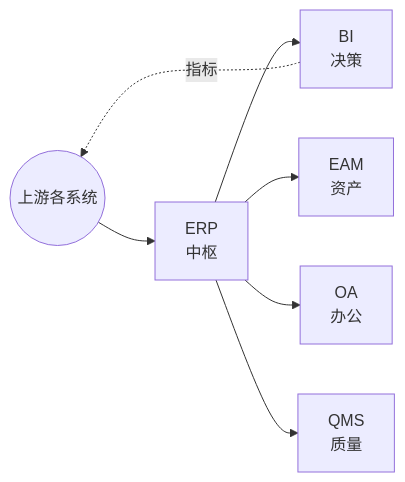
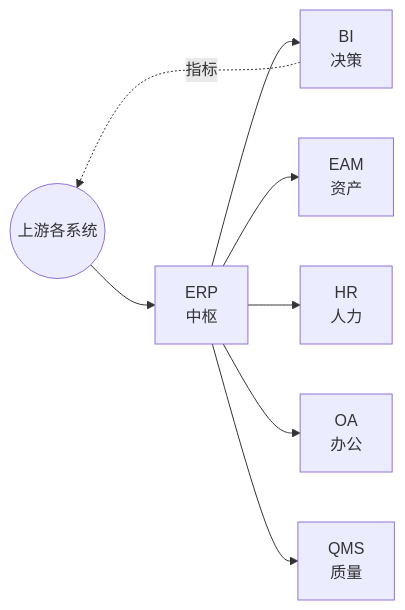
Before and after one commit to wb04307201/wb04307201: the diagram in note/08.application-systems/05-operations/README.md, drawn with Mermaid. The commit also changed other lines of this file and 1 other file, not shown here.

````diff
--- a/note/08.application-systems/05-operations/README.md
+++ b/note/08.application-systems/05-operations/README.md
@@ -16,9 +16,10 @@
 ```mermaid
 flowchart LR
     A((上游各系统)) --> B[ERP<br/>中枢]
     B --> C[BI<br/>决策]
     B --> D[EAM<br/>资产]
-    B --> E[OA<br/>办公]
-    B --> F[QMS<br/>质量]
+    B --> E[HR<br/>人力]
+    B --> F[OA<br/>办公]
+    B --> G[QMS<br/>质量]
     C -.指标.-> A
 ```
````
